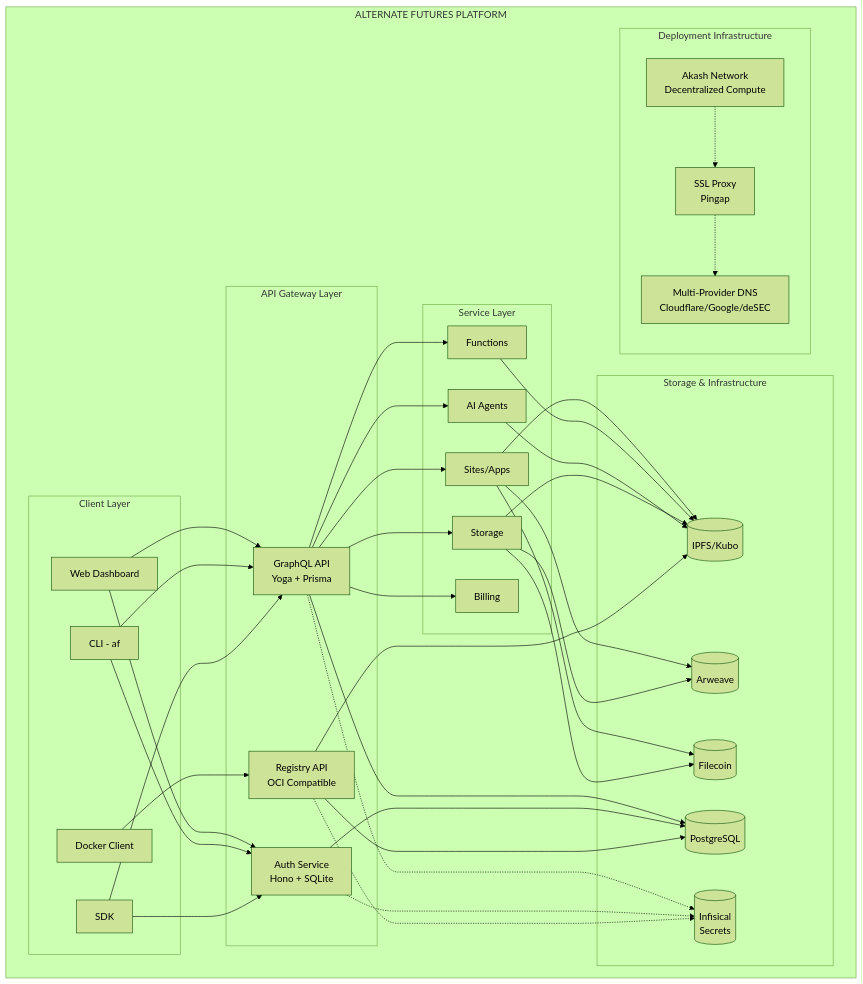
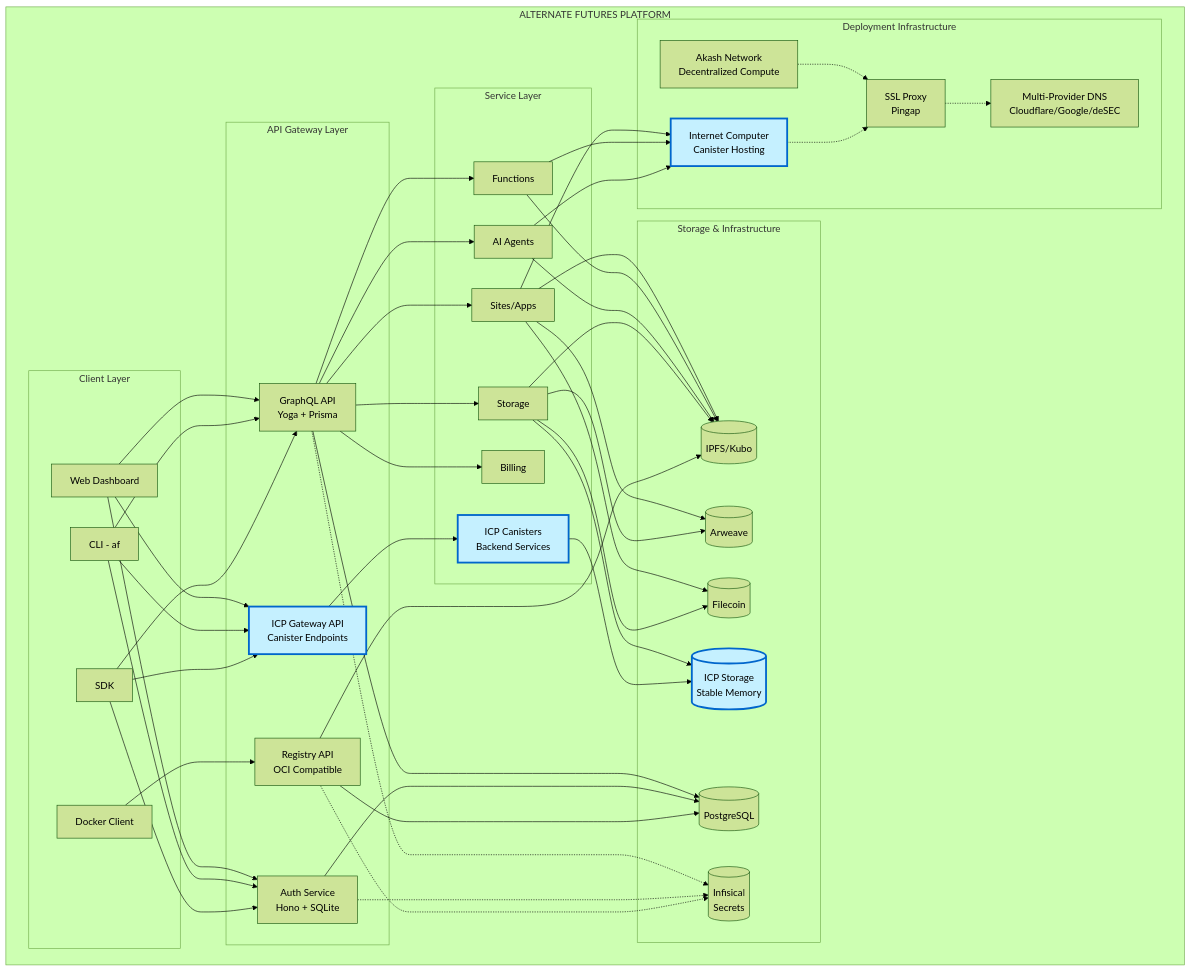
The first of 18 diagrams in TECHNICAL_ARCHITECTURE.md (alternatefutures/.github), drawn with Mermaid (forest theme) before and after one commit. The commit also changed other lines of this file, not shown here.

First line of the commit message:
feat: integrate Internet Computer (ICP) into architecture

````diff
--- a/TECHNICAL_ARCHITECTURE.md
+++ b/TECHNICAL_ARCHITECTURE.md
@@ -36,6 +38,7 @@
             GraphQL[GraphQL API<br/>Yoga + Prisma]
             Auth[Auth Service<br/>Hono + SQLite]
             Registry[Registry API<br/>OCI Compatible]
+            ICPGateway[ICP Gateway API<br/>Canister Endpoints]
         end
         
         subgraph "Service Layer"
@@ -44,6 +47,7 @@
             Agents[AI Agents]
             Storage[Storage]
             Billing[Billing]
+            ICPCanisters[ICP Canisters<br/>Backend Services]
         end
         
         subgraph "Storage & Infrastructure"
@@ -52,10 +56,12 @@
             Arweave[(Arweave)]
             Filecoin[(Filecoin)]
             Secrets[(Infisical<br/>Secrets)]
+            ICPStorage[(ICP Storage<br/>Stable Memory)]
         end
         
         subgraph "Deployment Infrastructure"
             Akash[Akash Network<br/>Decentralized Compute]
+            ICP[Internet Computer<br/>Canister Hosting]
             Proxy[SSL Proxy<br/>Pingap]
             DNS[Multi-Provider DNS<br/>Cloudflare/Google/deSEC]
         end
@@ -70,25 +76,37 @@
     CLI --> Auth
     SDK --> Auth
     
+    WebDash --> ICPGateway
+    CLI --> ICPGateway
+    SDK --> ICPGateway
+    
     GraphQL --> Sites
     GraphQL --> Functions
     GraphQL --> Agents
     GraphQL --> Storage
     GraphQL --> Billing
     
+    ICPGateway --> ICPCanisters
+    
     Sites --> IPFS
     Sites --> Arweave
     Sites --> Filecoin
+    Sites --> ICP
     Functions --> IPFS
+    Functions --> ICP
     Agents --> IPFS
+    Agents --> ICP
     Storage --> IPFS
     Storage --> Arweave
     Storage --> Filecoin
+    Storage --> ICPStorage
     
     GraphQL --> Postgres
     Auth --> Postgres
     Registry --> Postgres
     Registry --> IPFS
+    
+    ICPCanisters --> ICPStorage
     
     GraphQL -.-> Secrets
     Auth -.-> Secrets
@@ -96,4 +114,10 @@
     
     Proxy -.-> DNS
     Akash -.-> Proxy
+    ICP -.-> Proxy
+    
+    style ICPGateway fill:#c5f0ff,stroke:#0066cc,stroke-width:3px
+    style ICPCanisters fill:#c5f0ff,stroke:#0066cc,stroke-width:3px
+    style ICPStorage fill:#c5f0ff,stroke:#0066cc,stroke-width:3px
+    style ICP fill:#c5f0ff,stroke:#0066cc,stroke-width:3px
 ```
````
